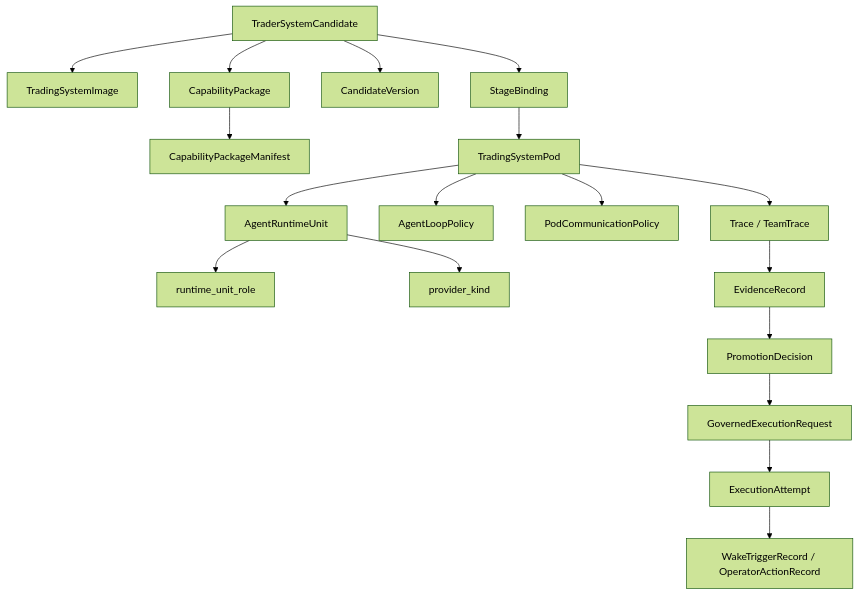
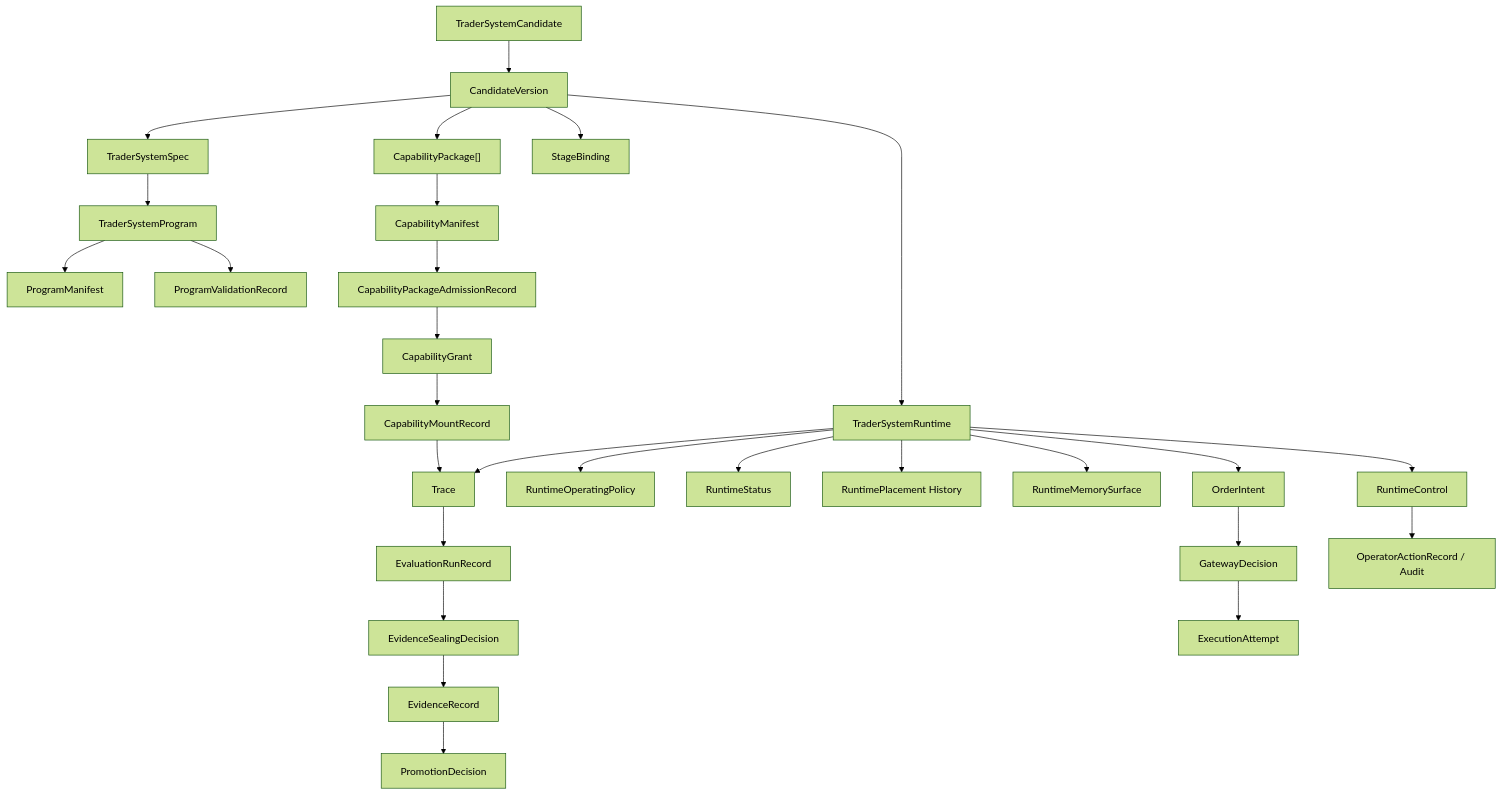
The second of 3 diagrams in wiki/architecture/00-system-map.md (openboa-ai/ouroboros), drawn with Mermaid (forest theme) before and after one commit. The commit also changed other lines of this file and 306 other files, not shown here.

Commit message:
docs: lock runtime control plane design baseline

````diff
--- a/wiki/architecture/00-system-map.md
+++ b/wiki/architecture/00-system-map.md
@@ -73,20 +93,34 @@
 ```mermaid
 flowchart TD
-    C["TraderSystemCandidate"] --> I["TradingSystemImage"]
-    C --> PKG["CapabilityPackage"]
-    PKG --> MAN["CapabilityPackageManifest"]
-    C --> CV["CandidateVersion"]
-    C --> B["StageBinding"]
-    B --> POD["TradingSystemPod"]
-    POD --> RU["AgentRuntimeUnit"]
-    RU --> ROLE["runtime_unit_role"]
-    RU --> PROVIDER["provider_kind"]
-    POD --> LOOP["AgentLoopPolicy"]
-    POD --> COMM["PodCommunicationPolicy"]
-    POD --> TRACE["Trace / TeamTrace"]
-    TRACE --> E["EvidenceRecord"]
-    E --> PD["PromotionDecision"]
-    PD --> GER["GovernedExecutionRequest"]
-    GER --> EX["ExecutionAttempt"]
-    EX --> WAKE["WakeTriggerRecord / OperatorActionRecord"]
+    C["TraderSystemCandidate"] --> V["CandidateVersion"]
+    V --> SPEC["TraderSystemSpec"]
+    SPEC --> PROGRAM["TraderSystemProgram"]
+    PROGRAM --> PMAN["ProgramManifest"]
+    PROGRAM --> PVAL["ProgramValidationRecord"]
+    V --> CAP["CapabilityPackage[]"]
+    CAP --> MAN["CapabilityManifest"]
+    MAN --> CADM["CapabilityPackageAdmissionRecord"]
+    CADM --> CGRANT["CapabilityGrant"]
+    CGRANT --> CMOUNT["CapabilityMountRecord"]
+    V --> BIND["StageBinding"]
+    V --> RT["TraderSystemRuntime"]
+
+    RT --> RCTRL["RuntimeControl"]
+    RT --> ROP["RuntimeOperatingPolicy"]
+    RT --> STATUS["RuntimeStatus"]
+    RT --> PLACE["RuntimePlacement History"]
+    RT --> MEM["RuntimeMemorySurface"]
+    RT --> TRACE["Trace"]
+    CMOUNT --> TRACE
+
+    TRACE --> ERUN["EvaluationRunRecord"]
+    ERUN --> ESEAL["EvidenceSealingDecision"]
+    ESEAL --> EV["EvidenceRecord"]
+    EV --> PD["PromotionDecision"]
+
+    RT --> OI["OrderIntent"]
+    OI --> GD["GatewayDecision"]
+    GD --> EX["ExecutionAttempt"]
+
+    RCTRL --> AUDIT["OperatorActionRecord / Audit"]
 ```
````
